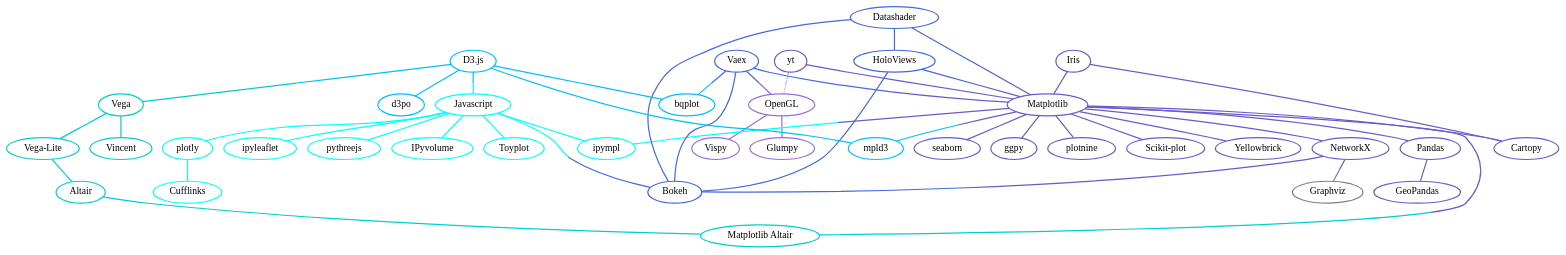
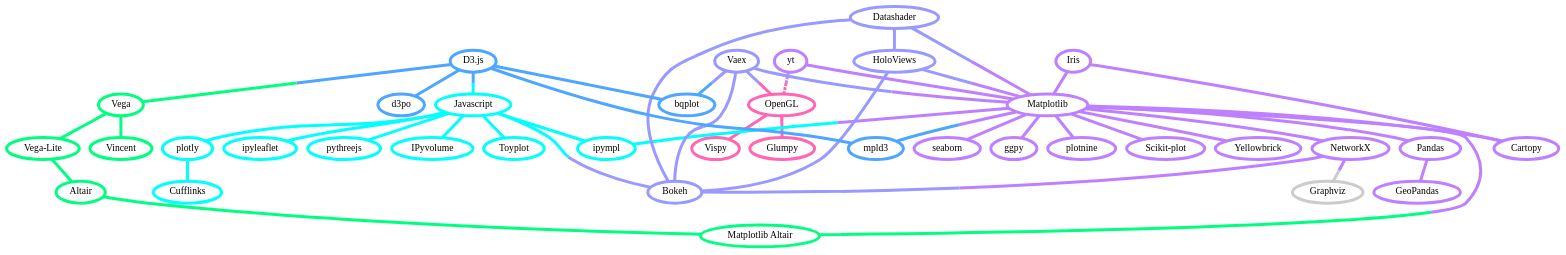
One commit to veit/jupyter-tutorial changed the diagram in docs/viz/overview.rst. Above: the diagram before and after it, drawn with Graphviz. The commit also changed other lines of this file, not shown here.

Commit message:
Switch to cusy style system

```diff
--- a/docs/viz/overview.rst
+++ b/docs/viz/overview.rst
@@ -9,287 +9,287 @@
 
     graph python_visualisation_landscape {
         graph [fontname = "Calibri", fontsize="16", overlap=false];
-        node [fontname = "Calibri", fontsize="16", style="bold"];
-        edge [fontname = "Calibri", fontsize="16", style="bold"];
+        node [fontname = "Calibri", fontsize="16", style="bold", penwidth="5px"];
+        edge [fontname = "Calibri", fontsize="16", style="bold", penwidth="5px"];
         tooltip="Python Visualisation Landscape";
 
         // OpenGL
         opengl [
             label="OpenGL",
             tooltip="Open Graphics Library",
-            color="mediumpurple",
+            color="#FF66B3",
             target="_top",
             href="../viz/opengl/index.html"]
         vispy [
             label="Vispy",
             tooltip="Python-Bibliothek für\ninteraktive wissenschaftliche\nVisualisierungen",
-            color="mediumpurple",
+            color="#FF66B3",
             target="_top",
             href="http://vispy.org/"]
         glumpy [
             label="Glumpy",
             tooltip="Schnittstelle zwischen\nnumpy und OpenGL",
-            color="mediumpurple",
+            color="#FF66B3",
             target="_top",
             href="https://glumpy.github.io/"]
-        opengl -- vispy [color="mediumpurple"]
-        opengl -- glumpy [color="mediumpurple"]
+        opengl -- vispy [color="#FF66B3"]
+        opengl -- glumpy [color="#FF66B3"]
 
         // Matplotlib
         mpl [
             label="Matplotlib",
             tooltip="Python-Bibliothek\nfür 2D-Plots",
-            color="slateblue"
+            color="#BF80FF"
             target="_top",
             href="../viz/matplotlib/index.html"]
         pandas [
             label="Pandas",
             tooltip="Pandas Datenstrukturen mit\nMatplotlib visualisieren",
-            color="slateblue",
+            color="#BF80FF",
             target="_top",
             href="../viz/matplotlib/pandas/index.html"]
         geopandas [
             label="GeoPandas",
             tooltip="geopandas erweitert Pandas um geometrische Datentypen",
-            color="slateblue",
+            color="#BF80FF",
             target="_top",
             href="../viz/matplotlib/geopandas/index.html"]
         seaborn [
             label="seaborn",
             tooltip="High-level-Datenvisualisierung\nbasierend auf Matplotlib",
-            color="slateblue",
+            color="#BF80FF",
             target="_top",
             href="../viz/matplotlib/seaborn/index.html"]
         ggpy [
             label="ggpy",
             tooltip="ggplot-Port für Python",
-            color="slateblue",
+            color="#BF80FF",
             target="_top",
             href="https://github.com/yhat/ggpy"]
         plotnine [
             label="plotnine",
             tooltip="Python-Implementierung von ggplot2",
-            color="slateblue",
+            color="#BF80FF",
             target="_top",
             href="../viz/matplotlib/plotnine/index.html"]
         scikit_plot [
             label="Scikit-plot",
             tooltip="Plotting-Bibliothek für\nScikit-learn-Objekte",
-            color="slateblue",
+            color="#BF80FF",
             target="_top",
             href="https://scikit-plot.readthedocs.io/"]
         yellowbrick [
             label="Yellowbrick",
             tooltip="Tools für die visuelle Analyse und Diagnose\nvon Scikit-learn-Projekten",
-            color="slateblue",
+            color="#BF80FF",
             target="_top",
             href="https://www.scikit-yb.org/"]
         networkx [
             label="NetworkX",
             tooltip="Erstellen, Ändern und Analysieren\nkomplexer Netzwerke",
-            color="slateblue",
+            color="#BF80FF",
             target="_top",
             href="../viz/matplotlib/networkx.html"]
         graphviz [
             label="Graphviz",
             tooltip="Mächtige Visualisierungssoftware\nfür Graphen",
-            color="gray",
+            color="#cccccc",
             target="_top",
             href="../viz/matplotlib/graphviz.html"]
         cartopy [
             label="Cartopy",
             tooltip="Erstellen von Karten und\nAnalyse von Geodaten",
-            color="slateblue",
+            color="#BF80FF",
             target="_top",
             href="../viz/matplotlib/cartopy.html"]
         iris [
             label="Iris",
             tooltip="Visualisierung auf Basis der Climate\nand Forecast (CF) Conventions",
-            color="slateblue",
+            color="#BF80FF",
             target="_top",
             href="../viz/matplotlib/iris.html"]
         yt [
             label="yt",
             tooltip="Python-Bibliothek zur Analyse\nund Visualisierung von Volumendaten",
-            color="slateblue",
+            color="#BF80FF",
             target="_top",
             href="../viz/matplotlib/yt.html"]
-        mpl -- pandas [color="slateblue"]
-        pandas  -- geopandas [color="slateblue"]
-        mpl -- seaborn [color="slateblue"]
-        mpl -- ggpy [color="slateblue"]
-        mpl -- plotnine [color="slateblue"]
-        mpl -- scikit_plot [color="slateblue"]
-        mpl -- yellowbrick [color="slateblue"]
-        networkx -- graphviz [color="slateblue;0.5:gray"]
-        mpl -- networkx [color="slateblue"]
-        mpl -- cartopy [color="slateblue"]
-        iris -- mpl [color="slateblue"]
-        iris -- cartopy [color="slateblue"]
-        yt -- mpl [color="slateblue"]
-        yt -- opengl [color="slateblue;0.5:mediumpurple", style="dashed"]
-        mpl -- mpld3 [color="slateblue;0.5:deepskyblue"]
-        mpl -- ipympl [color="slateblue;0.5:cyan"]
-        mpl -- mpl_altair [color="slateblue;0.5:darkturquoise"]
+        mpl -- pandas [color="#BF80FF"]
+        pandas  -- geopandas [color="#BF80FF"]
+        mpl -- seaborn [color="#BF80FF"]
+        mpl -- ggpy [color="#BF80FF"]
+        mpl -- plotnine [color="#BF80FF"]
+        mpl -- scikit_plot [color="#BF80FF"]
+        mpl -- yellowbrick [color="#BF80FF"]
+        networkx -- graphviz [color="#BF80FF;0.5:#cccccc"]
+        mpl -- networkx [color="#BF80FF"]
+        mpl -- cartopy [color="#BF80FF"]
+        iris -- mpl [color="#BF80FF"]
+        iris -- cartopy [color="#BF80FF"]
+        yt -- mpl [color="#BF80FF"]
+        yt -- opengl [color="#BF80FF;0.5:#FF66B3", style="dashed"]
+        mpl -- mpld3 [color="#BF80FF;0.5:#4da6ff"]
+        mpl -- ipympl [color="#BF80FF;0.5:#00FFFF"]
+        mpl -- mpl_altair [color="#BF80FF;0.5:#00FF80"]
 
         // Bokeh
         bokeh [
             label="Bokeh",
             tooltip="Interaktive Python-Bibliothek\nzur Datenvisualisierung\nin modernen Webbrowsern",
-            color="royalblue",
+            color="#9999FF",
             target="_top",
             href="../viz/bokeh/index.html"]
         vaex [
             label="Vaex",
             tooltip="Python-Bibliothek zur Datenanalyse\nund -visualisierung",
-            color="royalblue",
+            color="#9999FF",
             target="_top",
             href="https://github.com/vaexio/vaex"]
         holoviews [
             label="HoloViews",
             tooltip="Python-Bibliothek zur Datenanalyse\nund -visualisierung",
-            color="royalblue",
+            color="#9999FF",
             target="_top",
             href="http://holoviews.org/"]
         datashader [
             label="Datashader",
             tooltip="Grafik-Pipeline-System für\naussagekräftige Darstellungen\ngroßer Datensätze",
-            color="royalblue",
+            color="#9999FF",
             target="_top",
             href="../viz/bokeh/integration/datashader.html"]
-        vaex -- bokeh [color="royalblue;0.5:royalblue"]
-        holoviews -- bokeh [color="royalblue;0.5:royalblue"]
-        datashader -- bokeh [color="royalblue;0.5:royalblue"]
-        networkx -- bokeh [color="slateblue;0.5:royalblue"]
-        datashader -- holoviews [color="royalblue"]
-        vaex -- mpl [color="royalblue;0.5:slateblue"]
-        vaex -- bqplot [color="royalblue;0.5:deepskyblue"]
-        vaex -- opengl [color="royalblue;0.5:mediumpurple"]
-        holoviews -- mpl [color="royalblue;0.5:slateblue"]
-        datashader -- mpl [color="royalblue;0.5:slateblue"]
+        vaex -- bokeh [color="#9999FF;0.5:#9999FF"]
+        holoviews -- bokeh [color="#9999FF;0.5:#9999FF"]
+        datashader -- bokeh [color="#9999FF;0.5:#9999FF"]
+        networkx -- bokeh [color="#BF80FF;0.5:#9999FF"]
+        datashader -- holoviews [color="#9999FF"]
+        vaex -- mpl [color="#9999FF;0.5:#BF80FF"]
+        vaex -- bqplot [color="#9999FF;0.5:#4da6ff"]
+        vaex -- opengl [color="#9999FF;0.5:#FF66B3"]
+        holoviews -- mpl [color="#9999FF;0.5:#BF80FF"]
+        datashader -- mpl [color="#9999FF;0.5:#BF80FF"]
 
         // D3.js
         d3js [
             label="D3.js",
             tooltip="Javascript-Bibliothek mit mächtigen\nVisualisierungskomponenten",
-            color="deepskyblue",
+            color="#4da6ff",
             target="_top",
             href="../viz/d3js/index.html"]
         bqplot [
             label="bqplot",
             tooltip="Interaktive Plots\nmit D3.js und ipywidgets",
-            color="deepskyblue",
+            color="#4da6ff",
             target="_top",
             href="../viz/d3js/bqplot/index.html"]
         d3po [
             label="d3po",
             tooltip="Javascript-Bibliothekt zum\nErstellen von D3.js-Charts",
-            color="deepskyblue",
+            color="#4da6ff",
             target="_top",
             href="https://github.com/adamlabadorf/d3po"]
         mpld3 [
             label="mpld3",
             tooltip="Matplotlib für\nden Webbrowser",
-            color="deepskyblue",
+            color="#4da6ff",
             target="_top",
             href="https://mpld3.github.io/"]
-        d3js -- bqplot [color="deepskyblue"]
-        d3js -- mpld3 [color="deepskyblue"]
-        d3js -- d3po [color="deepskyblue"]
-        d3js -- vega [color="deepskyblue;0.5:darkturquoise"]
-        d3js -- javascript [color="deepskyblue;0.5:cyan"]
+        d3js -- bqplot [color="#4da6ff"]
+        d3js -- mpld3 [color="#4da6ff"]
+        d3js -- d3po [color="#4da6ff"]
+        d3js -- vega [color="#4da6ff;0.5:#00FF80"]
+        d3js -- javascript [color="#4da6ff;0.5:#00FFFF"]
 
         // Vega
         vega [
             label="Vega",
             tooltip="Deklarative Sprache für\ninteraktive Visualisierungen",
-            color="darkturquoise",
+            color="#00FF80",
             target="_top",
             href="../viz/vega/index.html"]
         vincent [
             label="Vincent",
             tooltip="Python-Bibliothek für\nVega-Anwendungen",
-            color="darkturquoise",
+            color="#00FF80",
             target="_top",
             href="https://vincent.readthedocs.io/"]
         vega_light [
             label="Vega-Lite",
             tooltip="High-level-Grammatik für\nkomplexe Vega-Anwendungen",
-            color="darkturquoise",
+            color="#00FF80",
             target="_top",
             href="https://github.com/vega/vega-lite"]
         altair [
             label="Altair",
             tooltip="Deklarative Visualisierung\nin Python",
-            color="darkturquoise",
+            color="#00FF80",
             target="_top",
             href="https://altair-viz.github.io/"]
         mpl_altair [
             label="Matplotlib Altair",
             tooltip="Matplotlib-Renderer\nfür Altair",
-            color="darkturquoise",
+            color="#00FF80",
             target="_top",
             href="https://matplotlib.org/mpl-altair/"]
-        vega -- vincent [color="darkturquoise"]
-        vega -- vega_light [color="darkturquoise"]
-        vega_light -- altair [color="darkturquoise"]
-        altair -- mpl_altair [color="darkturquoise"]
+        vega -- vincent [color="#00FF80"]
+        vega -- vega_light [color="#00FF80"]
+        vega_light -- altair [color="#00FF80"]
+        altair -- mpl_altair [color="#00FF80"]
 
         // Javascript
         javascript [
             label="Javascript",
             tooltip="Skriptsprache, die ursprünglich für\ndynamisches HTML in Webbrowsern\nentwickelt wurde",
-            color="cyan",
+            color="#00FFFF",
             target="_top",
             href="../viz/js/index.html"]
         plotly [
             label="plotly",
             tooltip="Interaktive Graphikbibliothek\nfür Python",
-            color="cyan",
+            color="#00FFFF",
             target="_top",
             href="https://github.com/plotly/plotly.py"]
         cufflinks [
             label="Cufflinks",
             tooltip="Interaktive Plotly-Plots\nfür Pandas",
-            color="cyan",
+            color="#00FFFF",
             target="_top",
             href="https://github.com/santosjorge/cufflinks"]
         pythreejs [
             label="pythreejs",
             tooltip="Notebook-Extension\nfür WebGL-fähige Webbrowser",
-            color="cyan",
+            color="#00FFFF",
             target="_top",
             href="../viz/js/pythreejs.html"]
         ipyvolume [
             label="IPyvolume",
             tooltip="Python-Bibliothek zur\nVisualisierung von\nVolumen und -Glyphen",
-            color="cyan",
+            color="#00FFFF",
             target="_top",
             href="../viz/js/ipyvolume.html"]
         toyplot [
             label="Toyplot",
             tooltip="Leichtgewichtige Bibliothek\nfür ästhetische Plots",
-            color="cyan",
+            color="#00FFFF",
             target="_top",
             href="https://toyplot.readthedocs.io/"]
         ipyleaflet [
             label="ipyleaflet",
             tooltip="Interaktive Karten für\nJupyter Notebooks",
-            color="cyan",
+            color="#00FFFF",
             target="_top",
             href="../viz/js/ipyleaflet.html"]
         ipympl [
             label="ipympl",
             tooltip="Matplotlib\nJupyter Extension",
-            color="cyan",
+            color="#00FFFF",
             target="_top",
             href="../workspace/jupyter/ipywidgets/libs/ipympl.html"]
-        javascript -- ipyvolume [color="cyan"]
-        javascript -- plotly [color="cyan"]
-        plotly -- cufflinks [color="cyan"]
-        javascript -- ipyleaflet [color="cyan"]
-        javascript -- ipympl [color="cyan"]
-        javascript -- toyplot [color="cyan"]
-        javascript -- bokeh [color="cyan;0.5:royalblue"]
-        javascript -- pythreejs [color="cyan"]
+        javascript -- ipyvolume [color="#00FFFF"]
+        javascript -- plotly [color="#00FFFF"]
+        plotly -- cufflinks [color="#00FFFF"]
+        javascript -- ipyleaflet [color="#00FFFF"]
+        javascript -- ipympl [color="#00FFFF"]
+        javascript -- toyplot [color="#00FFFF"]
+        javascript -- bokeh [color="#00FFFF;0.5:#9999FF"]
+        javascript -- pythreejs [color="#00FFFF"]
     }
```
